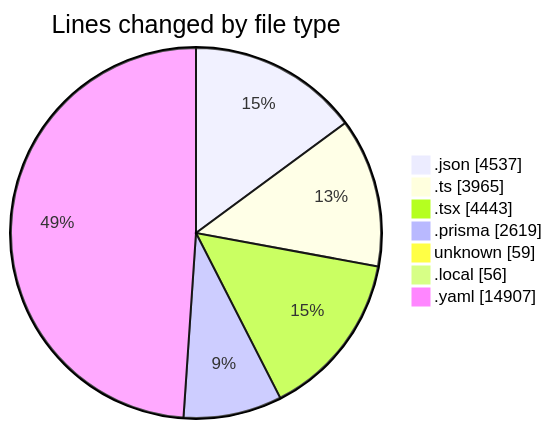
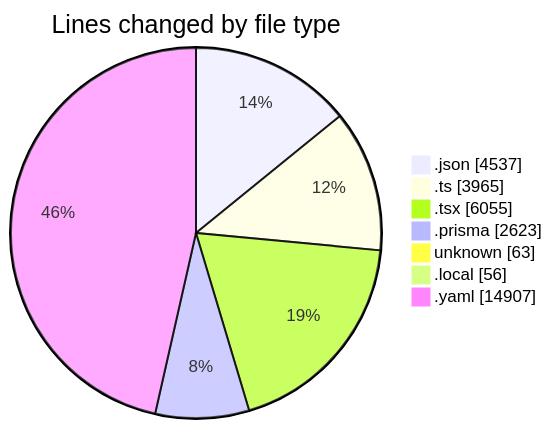
The first of 2 diagrams in 2025-05-15/ecodeli-1/README.md (CELIANVF/code-tracking), drawn with Mermaid before and after one commit. The commit also changed other lines of this file and 1 other file, not shown here.

````diff
--- a/2025-05-15/ecodeli-1/README.md
+++ b/2025-05-15/ecodeli-1/README.md
@@ -53,11 +53,11 @@
 ```mermaid
 pie showData
 title Lines changed by file type
 ".json" : 4537
 ".ts" : 3965
-".tsx" : 4443
-".prisma" : 2619
-"unknown" : 59
+".tsx" : 6055
+".prisma" : 2623
+"unknown" : 63
 ".local" : 56
 ".yaml" : 14907
 ```
````
